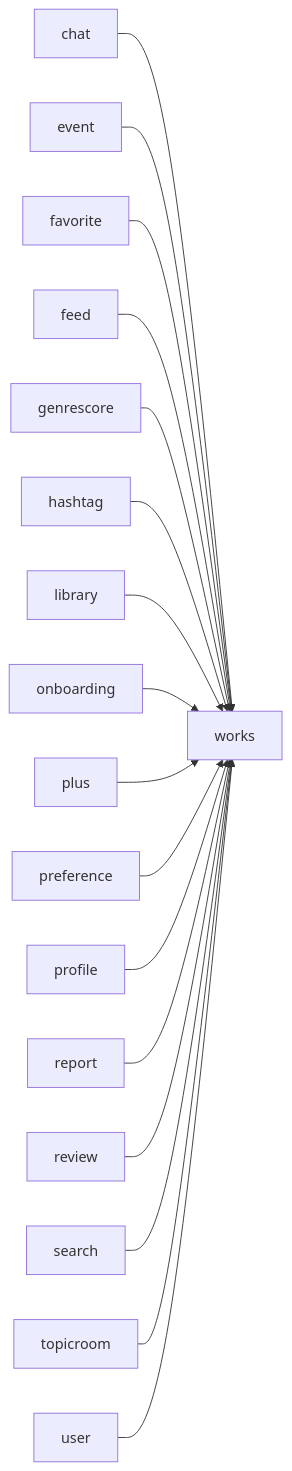
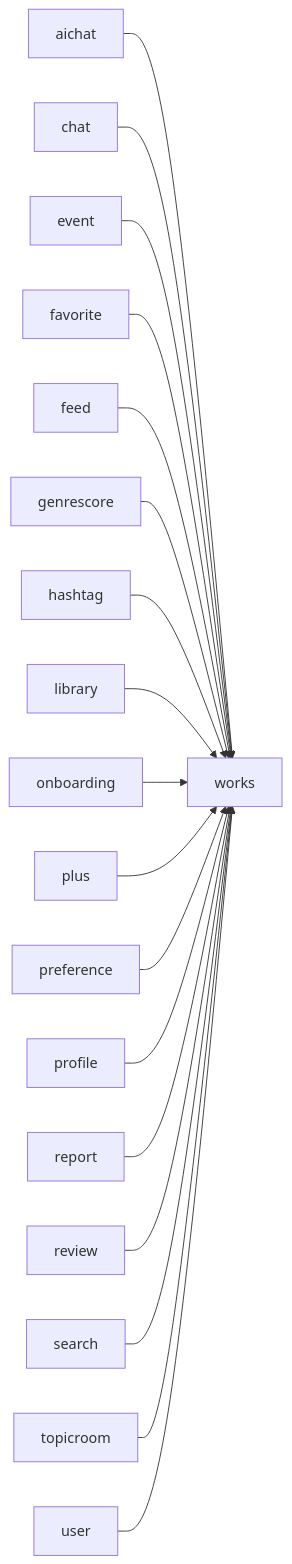
Diagram 22 of 22 in agents/domain-impact.md (Team-STORIX/STORIX-BE-2.0), drawn with Mermaid before and after one commit. The commit also changed other lines of this file and 40 other files, not shown here.

````diff
--- a/agents/domain-impact.md
+++ b/agents/domain-impact.md
@@ -405,19 +414,20 @@
 ```mermaid
 graph LR
+  aichat --> works
   chat --> works
   event --> works
   favorite --> works
   feed --> works
   genrescore --> works
   hashtag --> works
   library --> works
   onboarding --> works
   plus --> works
   preference --> works
   profile --> works
   report --> works
   review --> works
   search --> works
   topicroom --> works
   user --> works
 ```
````
